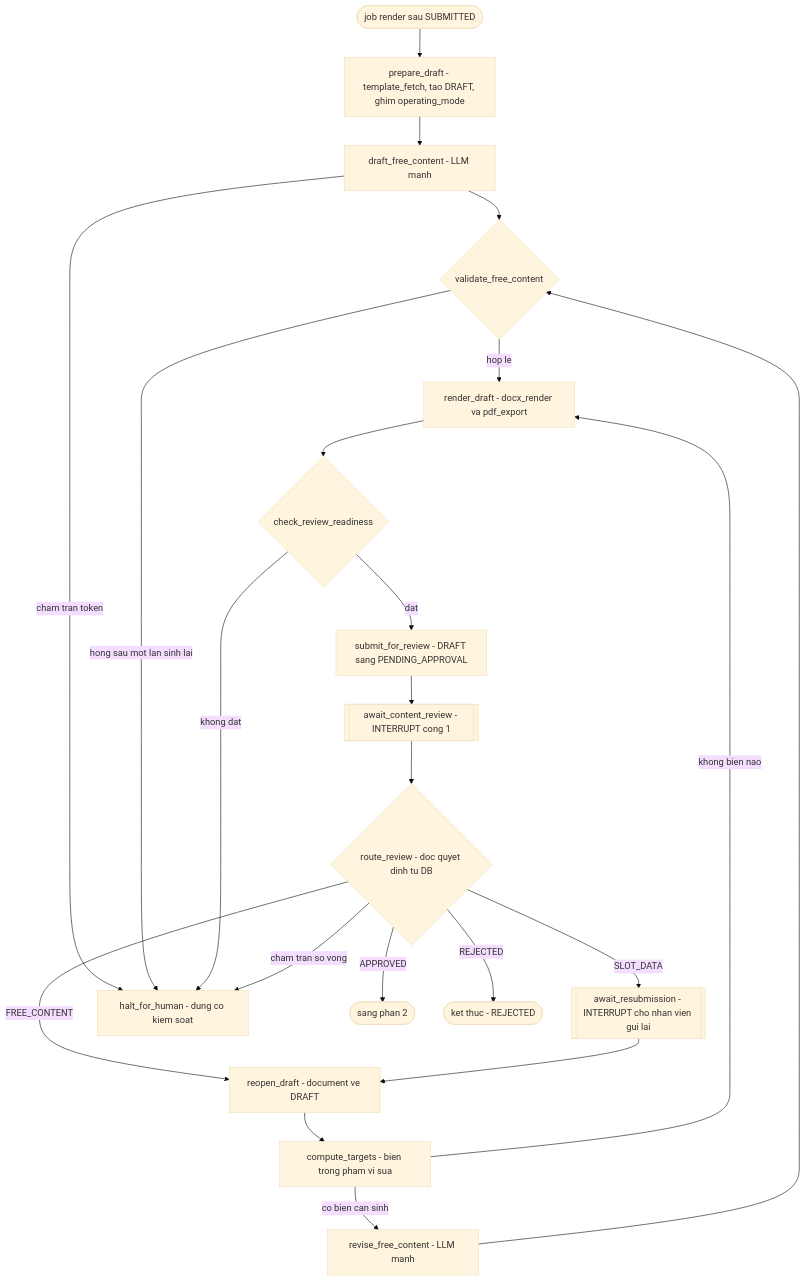
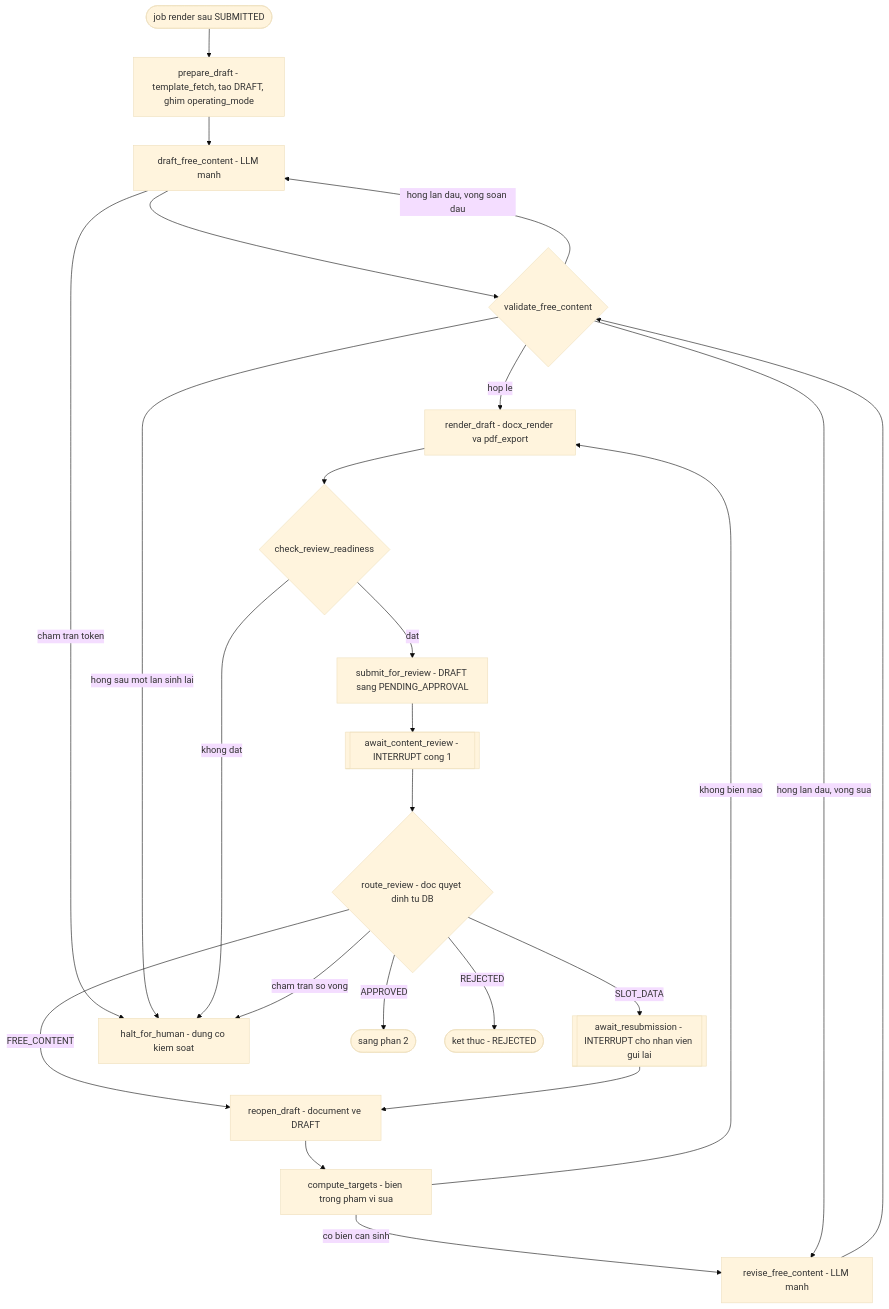
One commit to CongDuc02/AdminServiceDeskAgent changed the second of 3 diagrams in docs/design/03-agents.md. Above: the diagram before and after it, drawn with Mermaid (base theme). The commit also changed other lines of this file and 9 other files, not shown here.

Commit message:
Phase 3: Agent & Tool Architecture

````diff
--- a/docs/design/03-agents.md
+++ b/docs/design/03-agents.md
@@ -364,41 +437,43 @@
 ```mermaid
 flowchart TD
     START_D([job render sau SUBMITTED])
     prepare_draft[prepare_draft - template_fetch, tao DRAFT, ghim operating_mode]
     draft_free_content[draft_free_content - LLM manh]
     validate_free_content{validate_free_content}
     render_draft[render_draft - docx_render va pdf_export]
     check_readiness{check_review_readiness}
     submit_for_review[submit_for_review - DRAFT sang PENDING_APPROVAL]
     await_content_review[[await_content_review - INTERRUPT cong 1]]
     route_review{route_review - doc quyet dinh tu DB}
     reopen_draft[reopen_draft - document ve DRAFT]
     await_resubmission[[await_resubmission - INTERRUPT cho nhan vien gui lai]]
     compute_targets[compute_targets - bien trong pham vi sua]
     revise_free_content[revise_free_content - LLM manh]
     halt_for_human[halt_for_human - dung co kiem soat]
     TO_POST([sang phan 2])
     END_R([ket thuc - REJECTED])
 
     START_D --> prepare_draft
     prepare_draft --> draft_free_content
     draft_free_content --> validate_free_content
     draft_free_content -->|cham tran token| halt_for_human
     validate_free_content -->|hop le| render_draft
     validate_free_content -->|hong sau mot lan sinh lai| halt_for_human
     render_draft --> check_readiness
     check_readiness -->|dat| submit_for_review
     check_readiness -->|khong dat| halt_for_human
     submit_for_review --> await_content_review
     await_content_review --> route_review
     route_review -->|APPROVED| TO_POST
     route_review -->|REJECTED| END_R
     route_review -->|FREE_CONTENT| reopen_draft
     route_review -->|SLOT_DATA| await_resubmission
     route_review -->|cham tran so vong| halt_for_human
     await_resubmission --> reopen_draft
     reopen_draft --> compute_targets
     compute_targets -->|co bien can sinh| revise_free_content
     compute_targets -->|khong bien nao| render_draft
     revise_free_content --> validate_free_content
+    validate_free_content -->|hong lan dau, vong soan dau| draft_free_content
+    validate_free_content -->|hong lan dau, vong sua| revise_free_content
 ```
````
